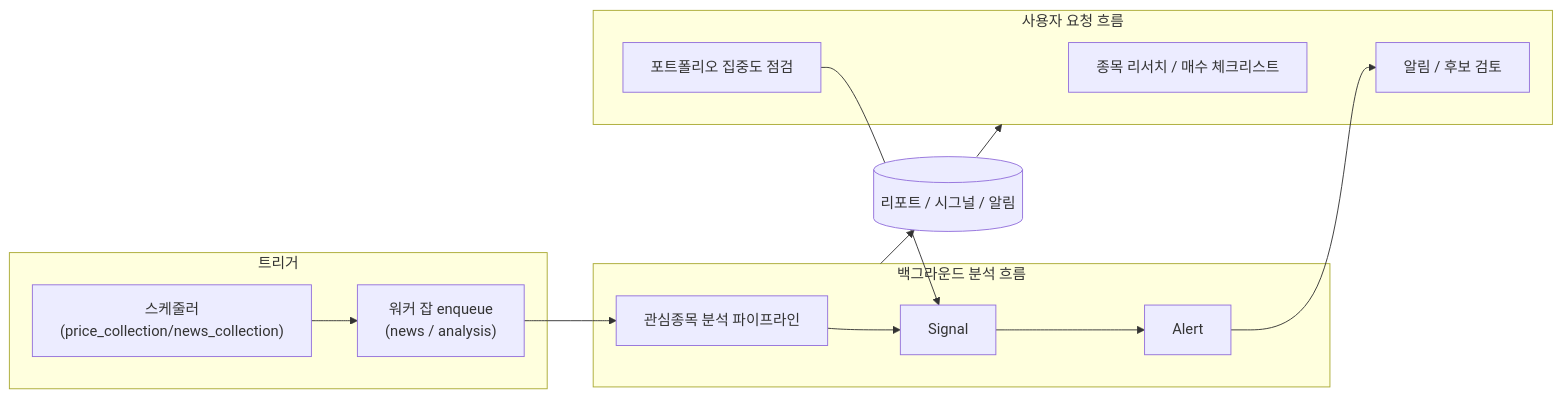
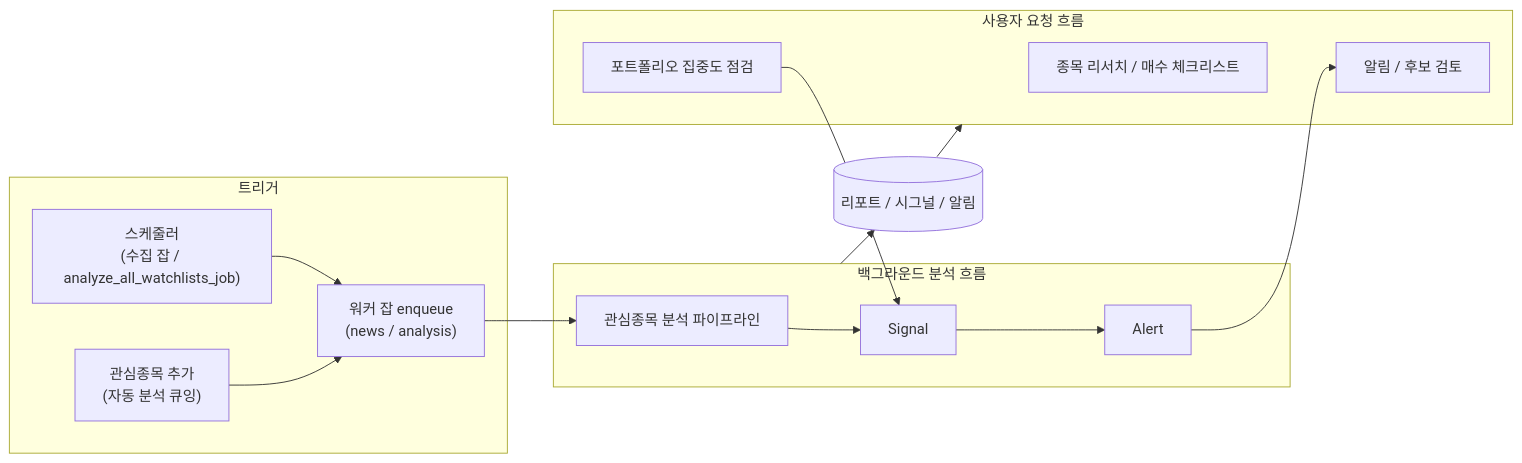
Before and after one commit to JongEunLee310/project_stock: the first of 3 diagrams in docs/knowledge/product-workflow.md, drawn with Mermaid. The commit also changed other lines of this file and 10 other files, not shown here.

````diff
--- a/docs/knowledge/product-workflow.md
+++ b/docs/knowledge/product-workflow.md
@@ -23,27 +23,29 @@
 ```mermaid
 flowchart LR
     subgraph trigger["트리거"]
-        SCHED["스케줄러<br/>(price_collection/news_collection)"]
+        SCHED["스케줄러<br/>(수집 잡 / analyze_all_watchlists_job)"]
+        ADD["관심종목 추가<br/>(자동 분석 큐잉)"]
         WJOB["워커 잡 enqueue<br/>(news / analysis)"]
     end
 
     subgraph bg["백그라운드 분석 흐름"]
         PIPE["관심종목 분석 파이프라인"]
         SIG["Signal"]
         ALERT["Alert"]
         PIPE --> SIG --> ALERT
     end
 
     subgraph user["사용자 요청 흐름"]
         RESEARCH["종목 리서치 / 매수 체크리스트"]
         PORT["포트폴리오 집중도 점검"]
         REVIEW["알림 / 후보 검토"]
     end
 
     SCHED --> WJOB
+    ADD --> WJOB
     WJOB --> PIPE
     ALERT --> REVIEW
     PORT --> SIG
     DATA[("리포트 / 시그널 / 알림")]
     bg --> DATA --> user
 ```
````
